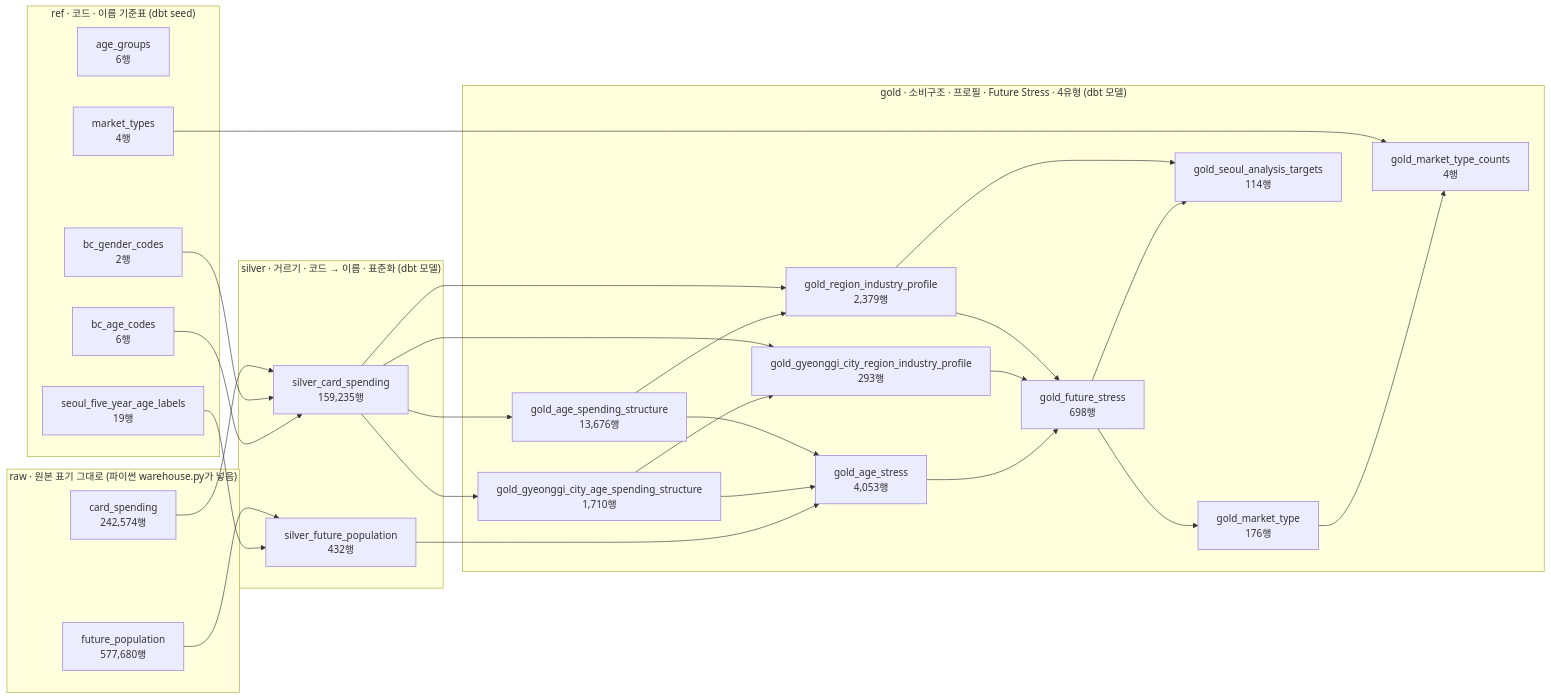
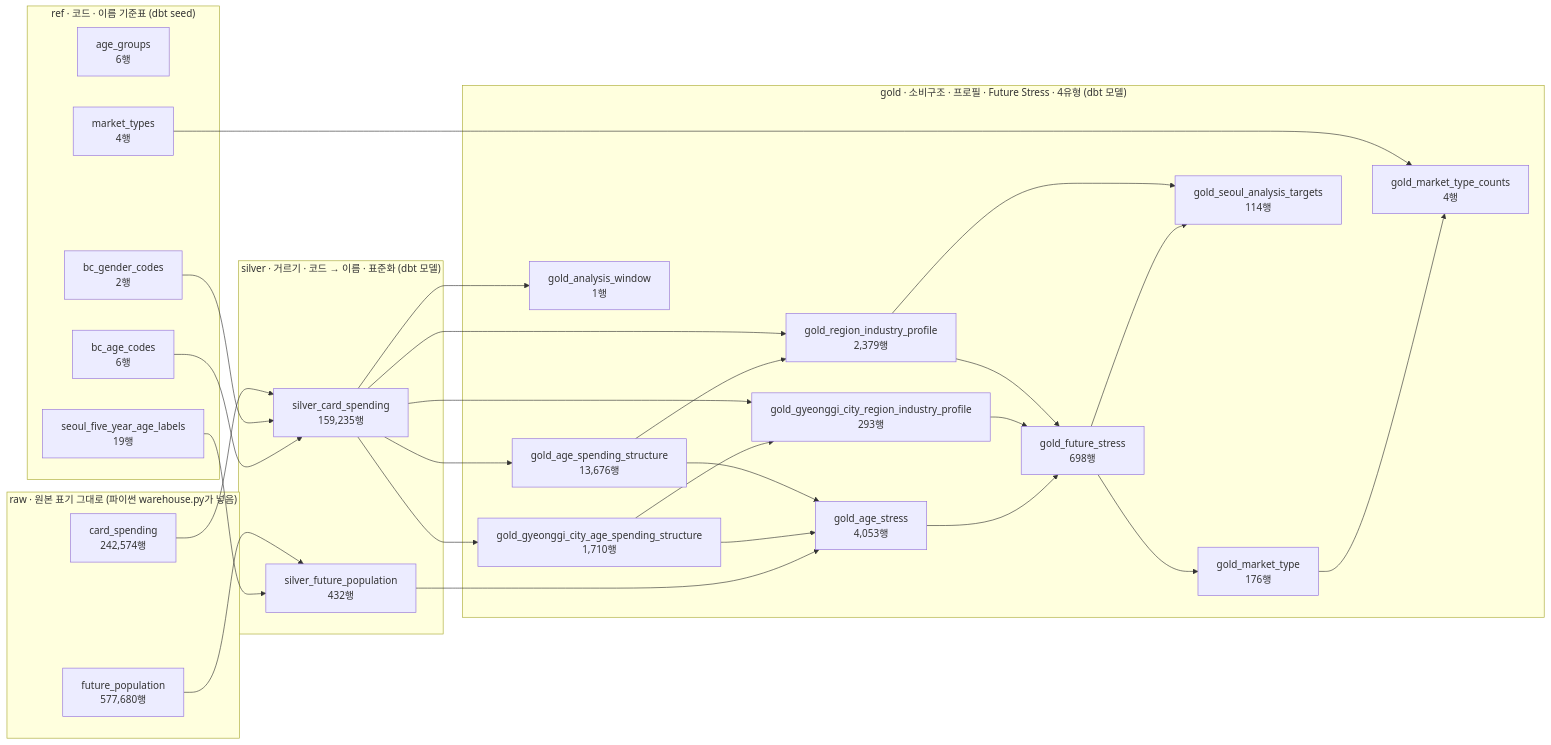
The first of 2 diagrams in docs/warehouse/README.md (seoloo/BC_Consumer_Data_Contest), drawn with Mermaid before and after one commit. The commit also changed other lines of this file and 41 other files, not shown here.

````diff
--- a/docs/warehouse/README.md
+++ b/docs/warehouse/README.md
@@ -36,51 +37,53 @@
 ```mermaid
 flowchart LR
   subgraph raw["raw · 원본 표기 그대로 (파이썬 warehouse.py가 넣음)"]
     raw_card_spending["card_spending<br/>242,574행"]
     raw_future_population["future_population<br/>577,680행"]
   end
   subgraph ref["ref · 코드 · 이름 기준표 (dbt seed)"]
     ref_age_groups["age_groups<br/>6행"]
     ref_bc_age_codes["bc_age_codes<br/>6행"]
     ref_bc_gender_codes["bc_gender_codes<br/>2행"]
     ref_market_types["market_types<br/>4행"]
     ref_seoul_five_year_age_labels["seoul_five_year_age_labels<br/>19행"]
   end
   subgraph silver["silver · 거르기 · 코드 → 이름 · 표준화 (dbt 모델)"]
     silver_card_spending["silver_card_spending<br/>159,235행"]
     silver_future_population["silver_future_population<br/>432행"]
   end
   subgraph gold["gold · 소비구조 · 프로필 · Future Stress · 4유형 (dbt 모델)"]
     gold_age_spending_structure["gold_age_spending_structure<br/>13,676행"]
     gold_age_stress["gold_age_stress<br/>4,053행"]
+    gold_analysis_window["gold_analysis_window<br/>1행"]
     gold_future_stress["gold_future_stress<br/>698행"]
     gold_gyeonggi_city_age_spending_structure["gold_gyeonggi_city_age_spending_structure<br/>1,710행"]
     gold_gyeonggi_city_region_industry_profile["gold_gyeonggi_city_region_industry_profile<br/>293행"]
     gold_market_type["gold_market_type<br/>176행"]
     gold_market_type_counts["gold_market_type_counts<br/>4행"]
     gold_region_industry_profile["gold_region_industry_profile<br/>2,379행"]
     gold_seoul_analysis_targets["gold_seoul_analysis_targets<br/>114행"]
   end
   silver_card_spending --> gold_age_spending_structure
   gold_age_spending_structure --> gold_age_stress
   gold_gyeonggi_city_age_spending_structure --> gold_age_stress
   silver_future_population --> gold_age_stress
+  silver_card_spending --> gold_analysis_window
   gold_region_industry_profile --> gold_future_stress
   gold_gyeonggi_city_region_industry_profile --> gold_future_stress
   gold_age_stress --> gold_future_stress
   silver_card_spending --> gold_gyeonggi_city_age_spending_structure
   silver_card_spending --> gold_gyeonggi_city_region_industry_profile
   gold_gyeonggi_city_age_spending_structure --> gold_gyeonggi_city_region_industry_profile
   gold_future_stress --> gold_market_type
   ref_market_types --> gold_market_type_counts
   gold_market_type --> gold_market_type_counts
   silver_card_spending --> gold_region_industry_profile
   gold_age_spending_structure --> gold_region_industry_profile
   gold_region_industry_profile --> gold_seoul_analysis_targets
   gold_future_stress --> gold_seoul_analysis_targets
   raw_card_spending --> silver_card_spending
   ref_bc_gender_codes --> silver_card_spending
   ref_bc_age_codes --> silver_card_spending
   raw_future_population --> silver_future_population
   ref_seoul_five_year_age_labels --> silver_future_population
 ```
````
